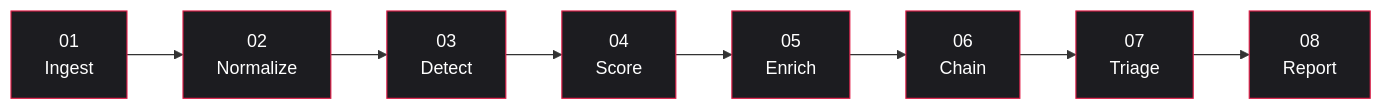
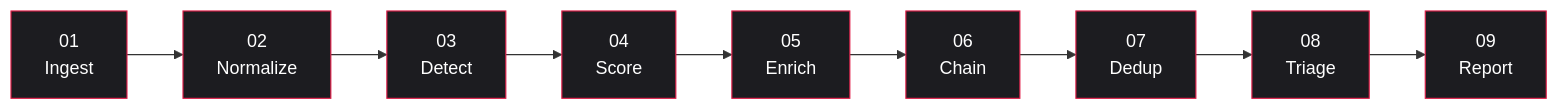
Before and after one commit to 12vethamithran/NOCTRA-AI-Autonomous-SOC-Platform: the first of 3 diagrams in README.md, drawn with Mermaid. The commit also changed other lines of this file, not shown here.

````diff
--- a/README.md
+++ b/README.md
@@ -83,13 +87,14 @@
 ```mermaid
 flowchart LR
     A[01<br/>Ingest] --> B[02<br/>Normalize]
     B --> C[03<br/>Detect]
     C --> D[04<br/>Score]
     D --> E[05<br/>Enrich]
     E --> F[06<br/>Chain]
-    F --> G[07<br/>Triage]
-    G --> H[08<br/>Report]
+    F --> X[07<br/>Dedup]
+    X --> G[08<br/>Triage]
+    G --> H[09<br/>Report]
 
     classDef stage fill:#1c1c20,stroke:#e11d48,color:#fff
-    class A,B,C,D,E,F,G,H stage
+    class A,B,C,D,E,F,X,G,H stage
 ```
````
